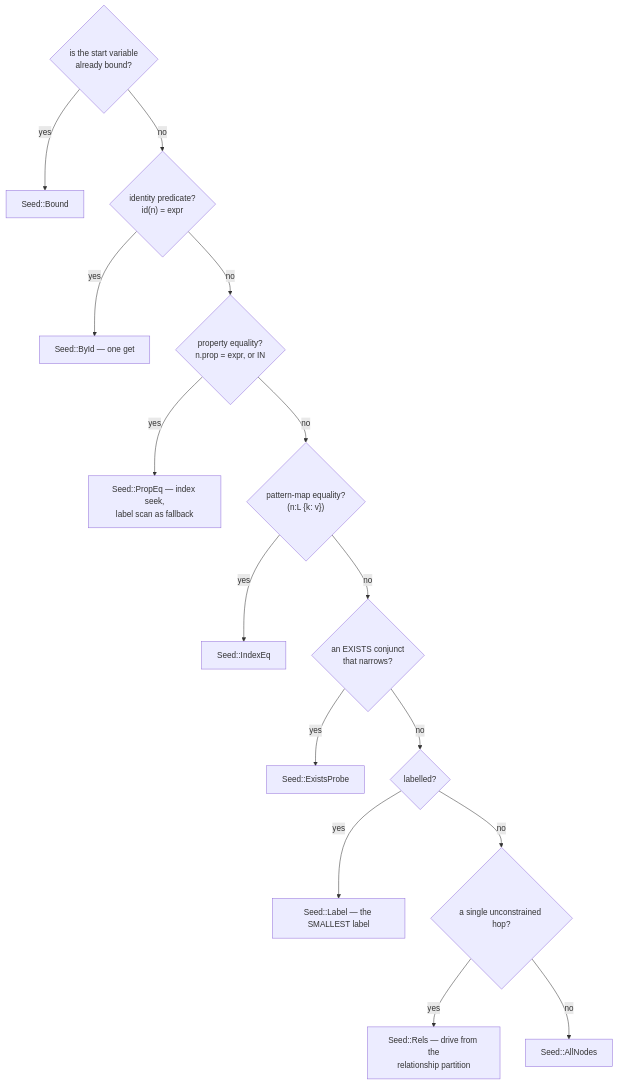
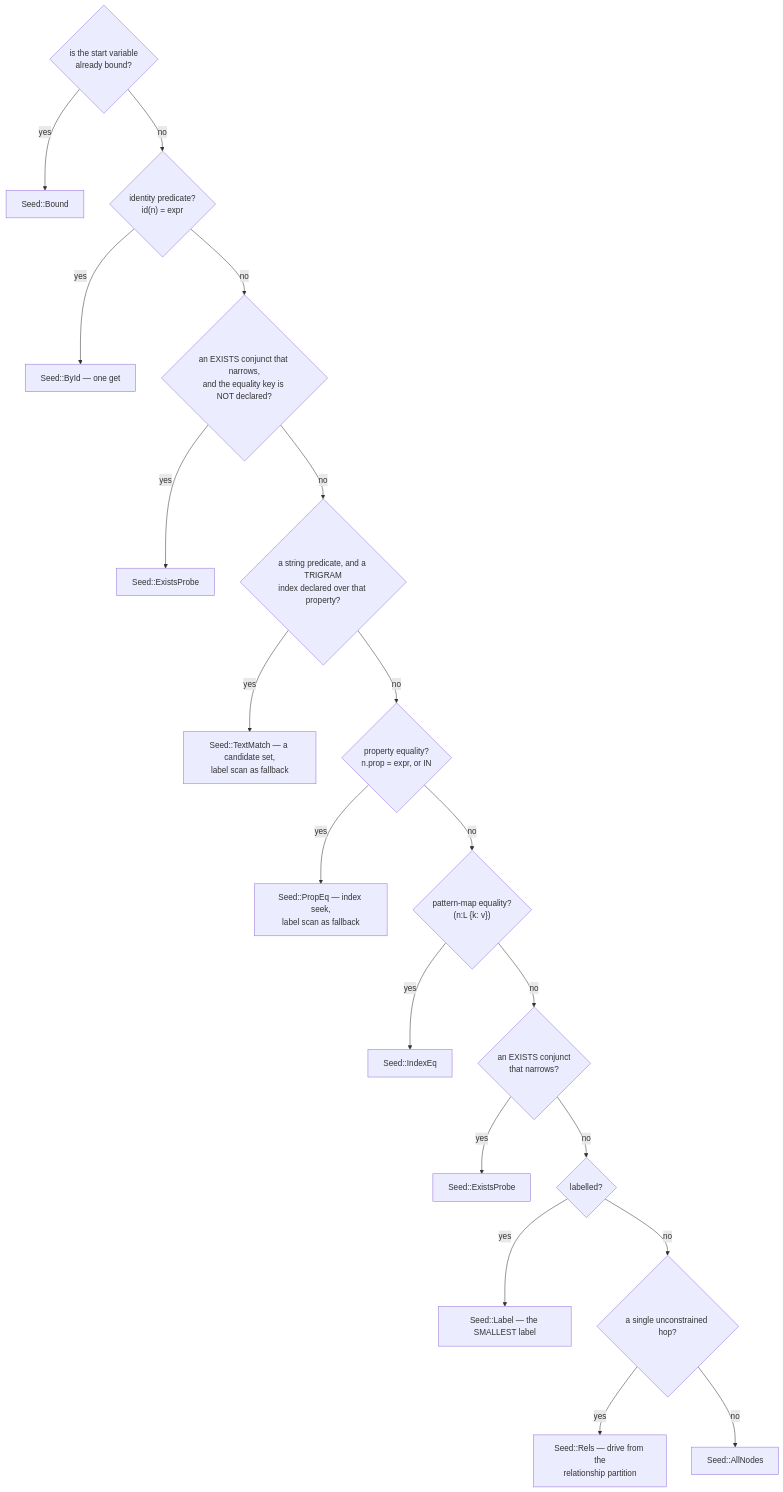
Before and after one commit to dsamford/engram: the diagram in docs/book/src/architecture/planner.md, drawn with Mermaid. The commit also changed other lines of this file and 583 other files, not shown here.

````diff
--- a/docs/book/src/architecture/planner.md
+++ b/docs/book/src/architecture/planner.md
@@ -18,17 +18,21 @@
 ```mermaid
 flowchart TD
     S{"is the start variable<br/>already bound?"} -->|yes| B["Seed::Bound"]
     S -->|no| I{"identity predicate?<br/>id(n) = expr"}
     I -->|yes| BI["Seed::ById — one get"]
-    I -->|no| P{"property equality?<br/>n.prop = expr, or IN"}
+    I -->|no| PF{"an EXISTS conjunct that narrows,<br/>and the equality key is NOT declared?"}
+    PF -->|yes| EP1["Seed::ExistsProbe"]
+    PF -->|no| T{"a string predicate, and a TRIGRAM<br/>index declared over that property?"}
+    T -->|yes| TM["Seed::TextMatch — a candidate set,<br/>label scan as fallback"]
+    T -->|no| P{"property equality?<br/>n.prop = expr, or IN"}
     P -->|yes| PE["Seed::PropEq — index seek,<br/>label scan as fallback"]
     P -->|no| M{"pattern-map equality?<br/>(n:L {k: v})"}
     M -->|yes| IE["Seed::IndexEq"]
     M -->|no| E{"an EXISTS conjunct<br/>that narrows?"}
-    E -->|yes| EP["Seed::ExistsProbe"]
+    E -->|yes| EP2["Seed::ExistsProbe"]
     E -->|no| L{"labelled?"}
     L -->|yes| LB["Seed::Label — the SMALLEST label"]
     L -->|no| R{"a single unconstrained hop?"}
     R -->|yes| RL["Seed::Rels — drive from the<br/>relationship partition"]
     R -->|no| A["Seed::AllNodes"]
 ```
````
